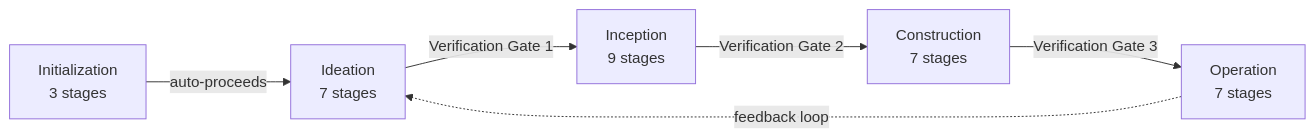
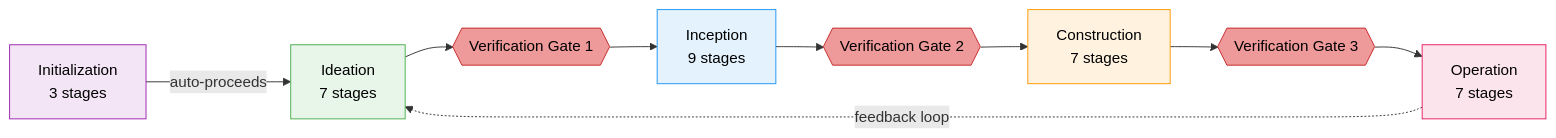
Before and after one commit to welldesignedsystem/welldesignedsystem.github.io: the diagram in content/english/blog/ai/ai-dlc.md, drawn with Mermaid. The commit also changed other lines of this file and 5 other files, not shown here.

````diff
--- a/content/english/blog/ai/ai-dlc.md
+++ b/content/english/blog/ai/ai-dlc.md
@@ -74,8 +74,20 @@
 ```mermaid
 graph LR
     Z["Initialization<br/>3 stages"] -->|"auto-proceeds"| I["Ideation<br/>7 stages"]
-    I -->|"Verification Gate 1"| N["Inception<br/>9 stages"]
-    N -->|"Verification Gate 2"| C["Construction<br/>7 stages"]
-    C -->|"Verification Gate 3"| O["Operation<br/>7 stages"]
+    I --> VG1{{"Verification Gate 1"}}
+    VG1 --> N["Inception<br/>9 stages"]
+    N --> VG2{{"Verification Gate 2"}}
+    VG2 --> C["Construction<br/>7 stages"]
+    C --> VG3{{"Verification Gate 3"}}
+    VG3 --> O["Operation<br/>7 stages"]
     O -.->|"feedback loop"| I
+
+    style Z fill:#f3e5f5,stroke:#9c27b0,color:#000
+    style I fill:#e8f5e9,stroke:#4caf50,color:#000
+    style N fill:#e3f2fd,stroke:#2196f3,color:#000
+    style C fill:#fff3e0,stroke:#ff9800,color:#000
+    style O fill:#fce4ec,stroke:#e91e63,color:#000
+    style VG1 fill:#ef9a9a,stroke:#c62828,color:#000
+    style VG2 fill:#ef9a9a,stroke:#c62828,color:#000
+    style VG3 fill:#ef9a9a,stroke:#c62828,color:#000
 ```
````
